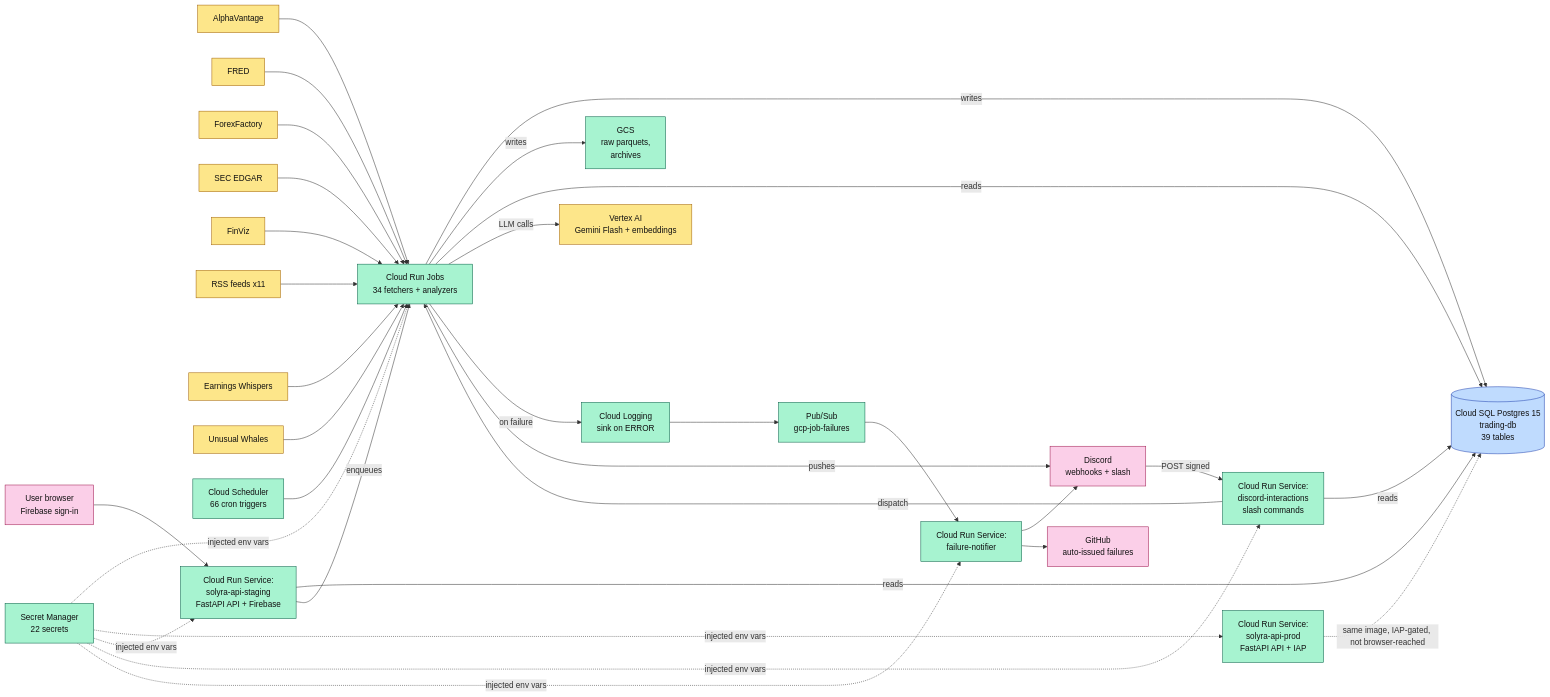
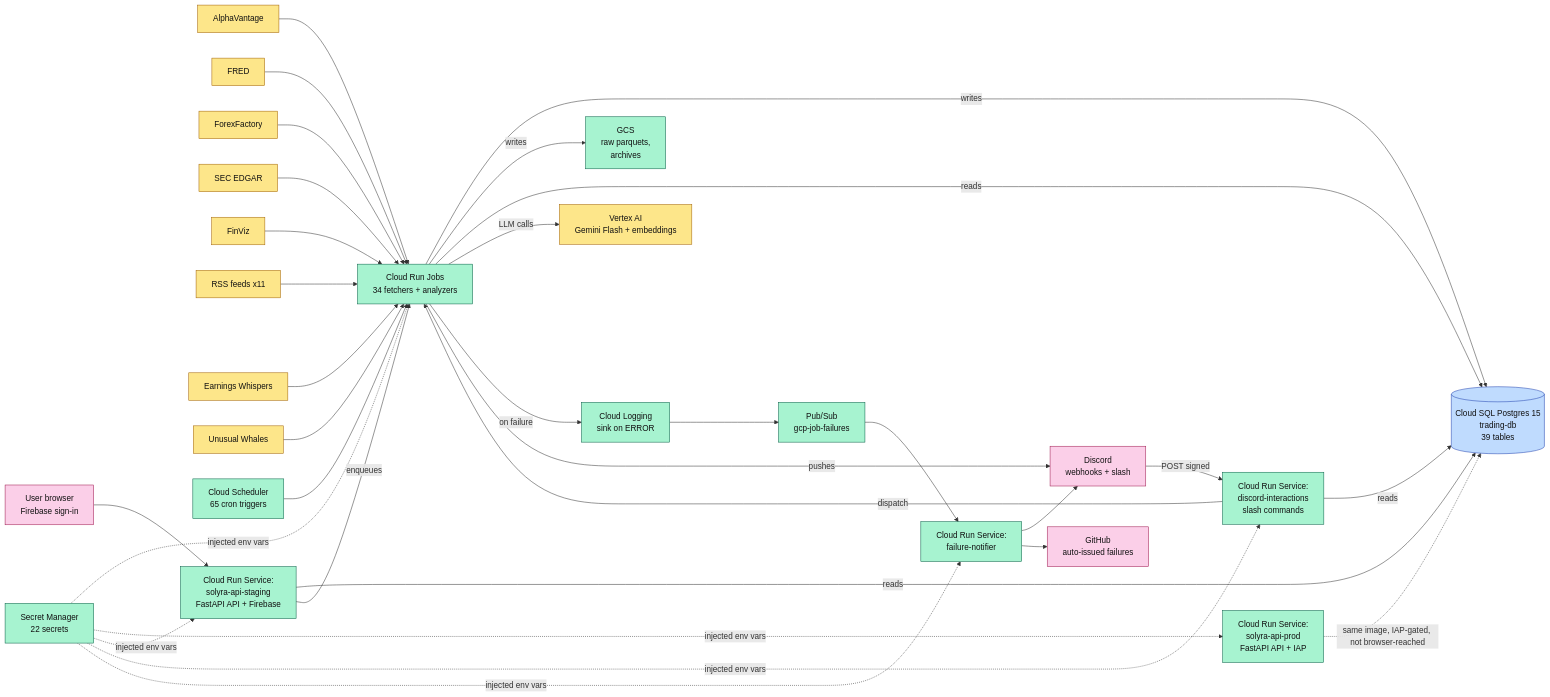
One commit to TeneikaAskew/stocks changed the first of 9 diagrams in docs/GCP_ARCHITECTURE.md. Above: the diagram before and after it, drawn with Mermaid. The commit also changed other lines of this file and 9 other files, not shown here.

````diff
--- a/docs/GCP_ARCHITECTURE.md
+++ b/docs/GCP_ARCHITECTURE.md
@@ -52,58 +52,58 @@
 ```mermaid
 flowchart LR
     classDef ext fill:#fde68a,stroke:#a16207,color:#111
     classDef gcp fill:#a7f3d0,stroke:#065f46,color:#111
     classDef db  fill:#bfdbfe,stroke:#1e40af,color:#111
     classDef out fill:#fbcfe8,stroke:#9d174d,color:#111
 
     AV[AlphaVantage]:::ext
     FRED[FRED]:::ext
     FF[ForexFactory]:::ext
     EDGAR[SEC EDGAR]:::ext
     FV[FinViz]:::ext
     RSS[RSS feeds x11]:::ext
     EW[Earnings Whispers]:::ext
     UW[Unusual Whales]:::ext
 
-    SCH[Cloud Scheduler<br/>66 cron triggers]:::gcp
+    SCH[Cloud Scheduler<br/>65 cron triggers]:::gcp
     JOBS[Cloud Run Jobs<br/>34 fetchers + analyzers]:::gcp
     SVC1[Cloud Run Service:<br/>solyra-api-prod<br/>FastAPI API + IAP]:::gcp
     SVC1S[Cloud Run Service:<br/>solyra-api-staging<br/>FastAPI API + Firebase]:::gcp
     SVC2[Cloud Run Service:<br/>discord-interactions<br/>slash commands]:::gcp
     SVC3[Cloud Run Service:<br/>failure-notifier]:::gcp
     GCS[GCS<br/>raw parquets,<br/>archives]:::gcp
     SQL[(Cloud SQL Postgres 15<br/>trading-db<br/>39 tables)]:::db
     SECR[Secret Manager<br/>22 secrets]:::gcp
     PS[Pub/Sub<br/>gcp-job-failures]:::gcp
     LG[Cloud Logging<br/>sink on ERROR]:::gcp
     VAI[Vertex AI<br/>Gemini Flash + embeddings]:::ext
 
     DSC[Discord<br/>webhooks + slash]:::out
     GH[GitHub<br/>auto-issued failures]:::out
     USR[User browser<br/>Firebase sign-in]:::out
 
     AV & FRED & FF & EDGAR & FV & RSS & EW & UW --> JOBS
     SCH --> JOBS
     JOBS -- writes --> SQL
     JOBS -- writes --> GCS
     JOBS -- reads --> SQL
     JOBS -- LLM calls --> VAI
 
     USR --> SVC1S
     SVC1S -- reads --> SQL
     SVC1S -- enqueues --> JOBS
     SVC1 -. same image, IAP-gated, not browser-reached .-> SQL
 
     DSC -- POST signed --> SVC2
     SVC2 -- dispatch --> JOBS
     SVC2 -- reads --> SQL
 
     JOBS -- on failure --> LG
     LG --> PS
     PS --> SVC3
     SVC3 --> DSC
     SVC3 --> GH
 
     JOBS -- pushes --> DSC
     SECR -. injected env vars .-> JOBS & SVC1 & SVC1S & SVC2 & SVC3
 ```
````
